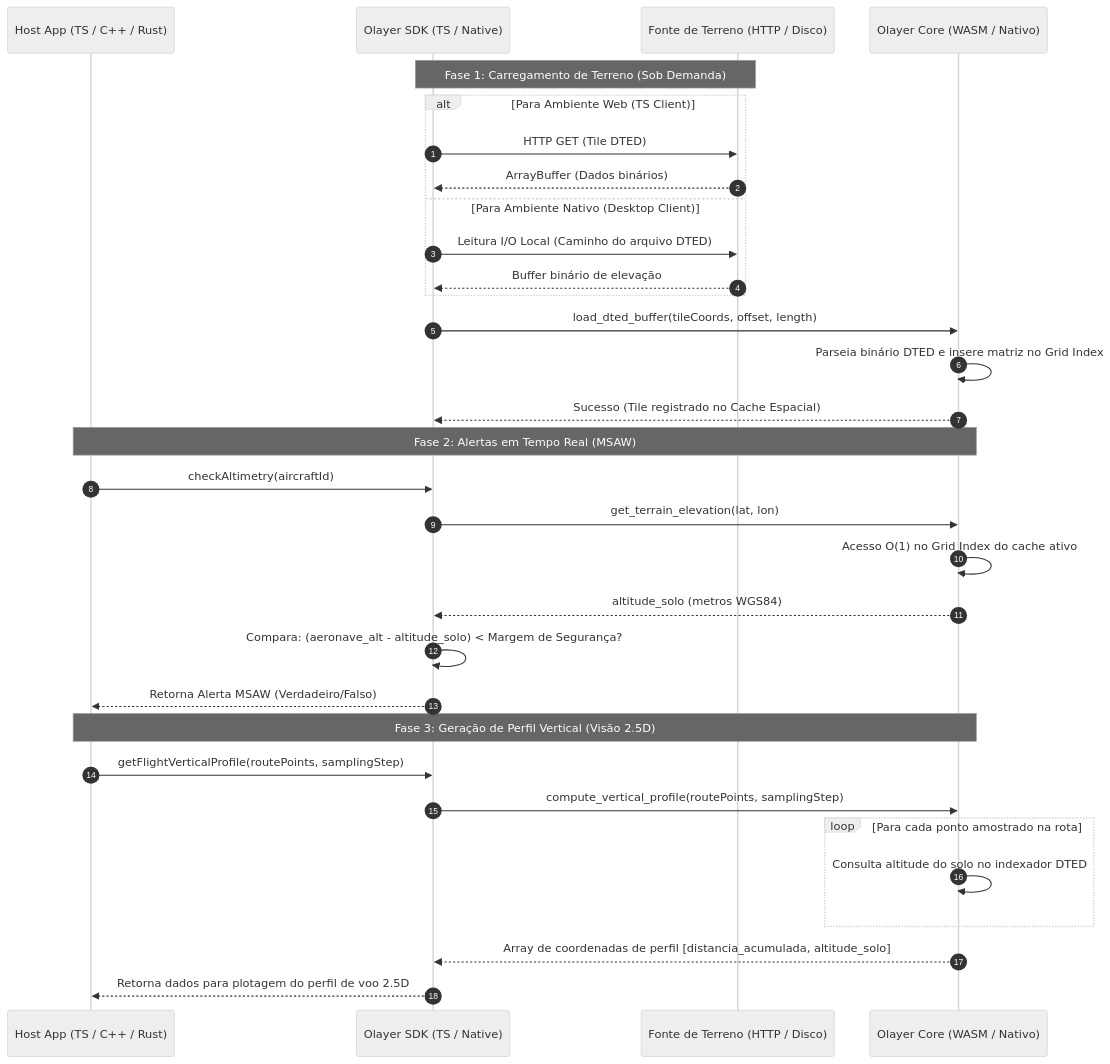
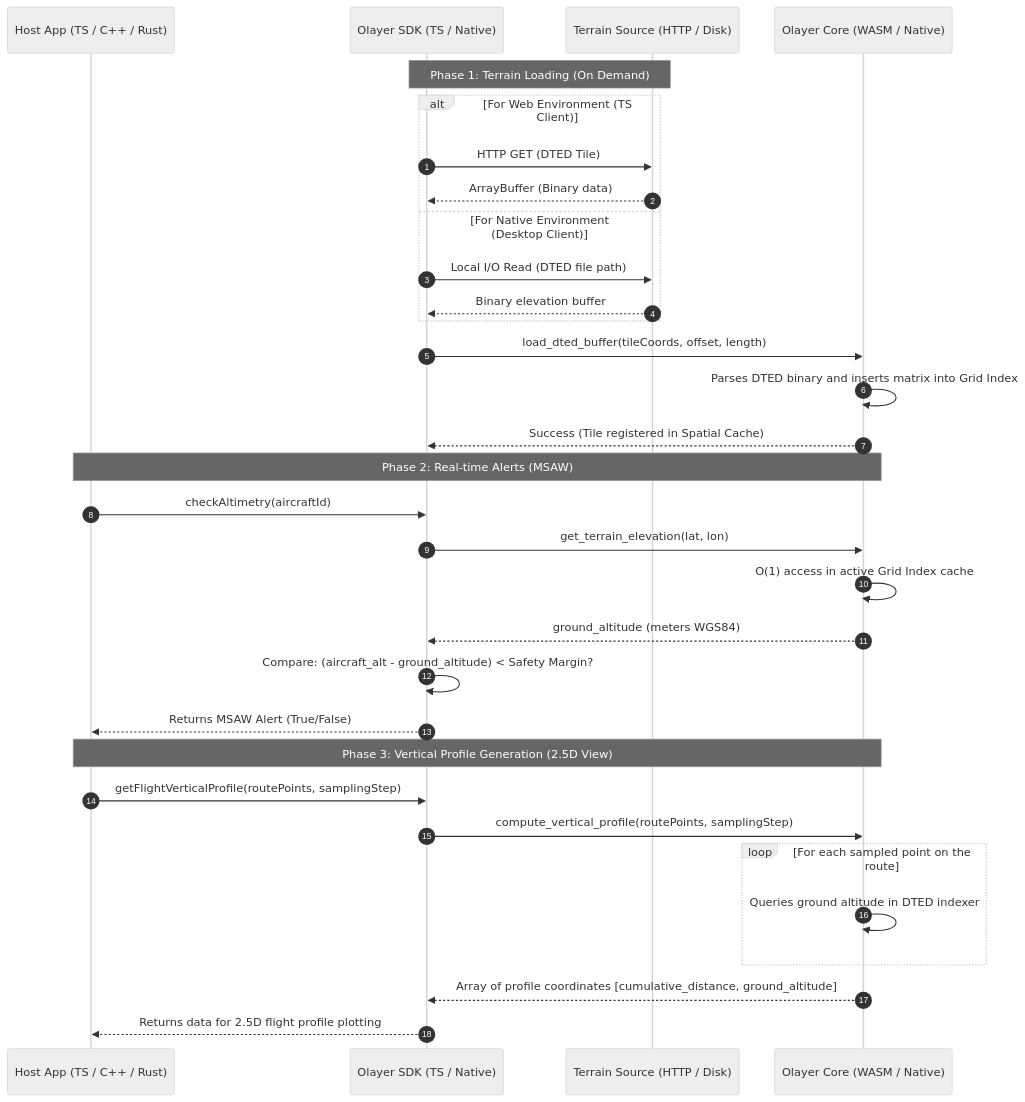
One commit to rodoni/olayer changed the fifth of 5 diagrams in docs/arch.md. Above: the diagram before and after it, drawn with Mermaid (neutral theme). The commit also changed other lines of this file and 29 other files, not shown here.

Commit message:
fix docs language and sdk/native

````diff
--- a/docs/arch.md
+++ b/docs/arch.md
@@ -296,37 +296,37 @@
 ```mermaid
 sequenceDiagram
     autonumber
     participant Host as Host App (TS / C++ / Rust)
     participant SDK as Olayer SDK (TS / Native)
-    participant Source as Fonte de Terreno (HTTP / Disco)
-    participant Core as Olayer Core (WASM / Nativo)
+    participant Source as Terrain Source (HTTP / Disk)
+    participant Core as Olayer Core (WASM / Native)
 
-    Note over SDK, Source: Fase 1: Carregamento de Terreno (Sob Demanda)
-    alt Para Ambiente Web (TS Client)
-        SDK->>Source: HTTP GET (Tile DTED)
-        Source-->>SDK: ArrayBuffer (Dados binários)
-    else Para Ambiente Nativo (Desktop Client)
-        SDK->>Source: Leitura I/O Local (Caminho do arquivo DTED)
-        Source-->>SDK: Buffer binário de elevação
+    Note over SDK, Source: Phase 1: Terrain Loading (On Demand)
+    alt For Web Environment (TS Client)
+        SDK->>Source: HTTP GET (DTED Tile)
+        Source-->>SDK: ArrayBuffer (Binary data)
+    else For Native Environment (Desktop Client)
+        SDK->>Source: Local I/O Read (DTED file path)
+        Source-->>SDK: Binary elevation buffer
     end
     SDK->>Core: load_dted_buffer(tileCoords, offset, length)
-    Core->>Core: Parseia binário DTED e insere matriz no Grid Index
-    Core-->>SDK: Sucesso (Tile registrado no Cache Espacial)
+    Core->>Core: Parses DTED binary and inserts matrix into Grid Index
+    Core-->>SDK: Success (Tile registered in Spatial Cache)
 
-    Note over Host, Core: Fase 2: Alertas em Tempo Real (MSAW)
+    Note over Host, Core: Phase 2: Real-time Alerts (MSAW)
     Host->>SDK: checkAltimetry(aircraftId)
     SDK->>Core: get_terrain_elevation(lat, lon)
-    Core->>Core: Acesso O(1) no Grid Index do cache ativo
-    Core-->>SDK: altitude_solo (metros WGS84)
-    SDK->>SDK: Compara: (aeronave_alt - altitude_solo) < Margem de Segurança?
-    SDK-->>Host: Retorna Alerta MSAW (Verdadeiro/Falso)
+    Core->>Core: O(1) access in active Grid Index cache
+    Core-->>SDK: ground_altitude (meters WGS84)
+    SDK->>SDK: Compare: (aircraft_alt - ground_altitude) < Safety Margin?
+    SDK-->>Host: Returns MSAW Alert (True/False)
 
-    Note over Host, Core: Fase 3: Geração de Perfil Vertical (Visão 2.5D)
+    Note over Host, Core: Phase 3: Vertical Profile Generation (2.5D View)
     Host->>SDK: getFlightVerticalProfile(routePoints, samplingStep)
     SDK->>Core: compute_vertical_profile(routePoints, samplingStep)
-    loop Para cada ponto amostrado na rota
-        Core->>Core: Consulta altitude do solo no indexador DTED
+    loop For each sampled point on the route
+        Core->>Core: Queries ground altitude in DTED indexer
     end
-    Core-->>SDK: Array de coordenadas de perfil [distancia_acumulada, altitude_solo]
-    SDK-->>Host: Retorna dados para plotagem do perfil de voo 2.5D
+    Core-->>SDK: Array of profile coordinates [cumulative_distance, ground_altitude]
+    SDK-->>Host: Returns data for 2.5D flight profile plotting
 ```
````
